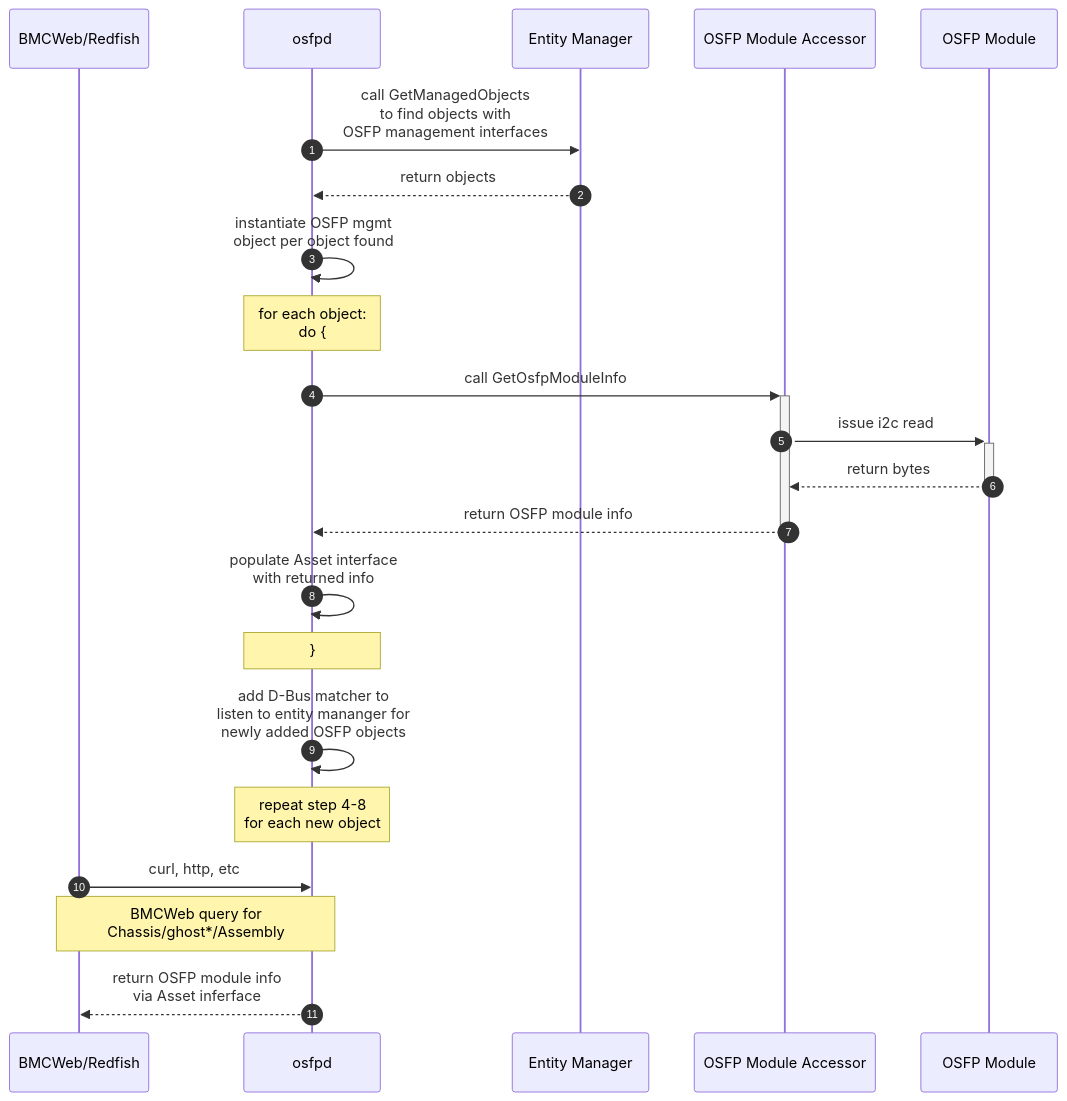
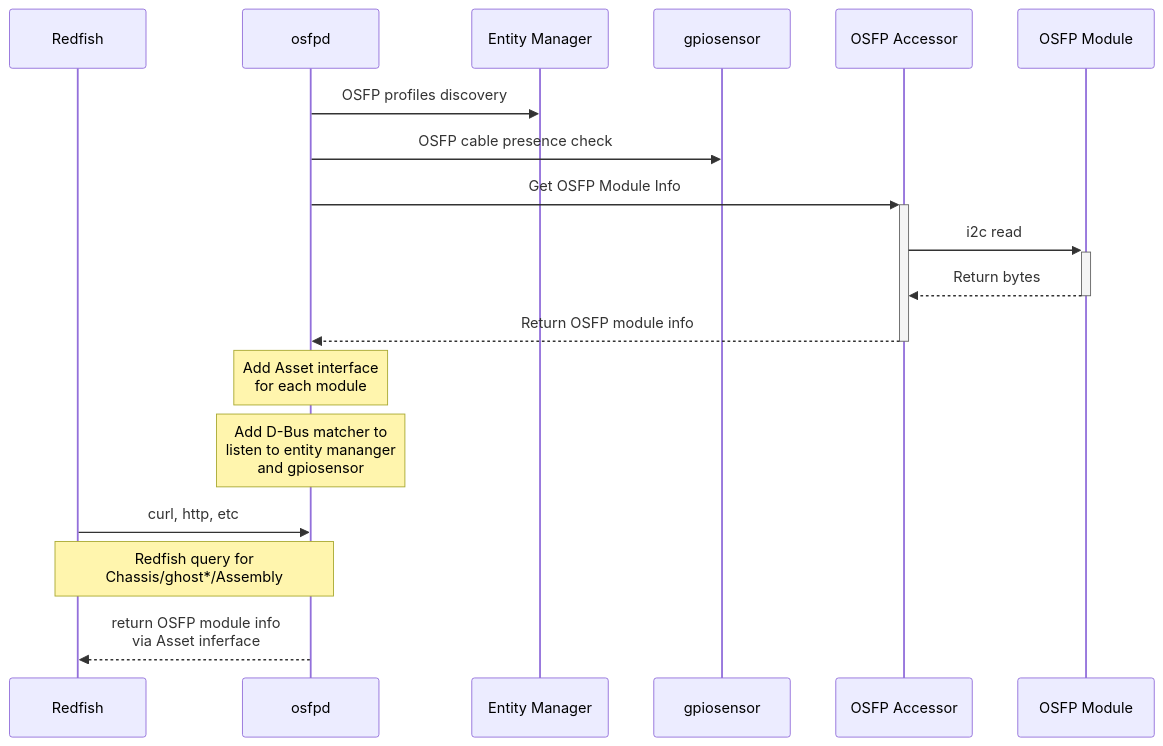
One commit to Edmond-Mo/device_update_daemon changed the diagram in osfpd.md. Above: the diagram before and after it, drawn with Mermaid.

````diff
--- a/osfpd.md
+++ b/osfpd.md
@@ -1,25 +1,21 @@
 ```mermaid
 sequenceDiagram;
-participant APP as BMCWeb/Redfish
+participant APP as Redfish
 participant OSD as osfpd
 participant EMR as Entity Manager
-participant OOB as OSFP Module Accessor
+participant SEN as gpiosensor
+participant OOB as OSFP Accessor
 participant MOD as OSFP Module
 
-autonumber
-OSD ->> EMR: call GetManagedObjects<br/>to find objects with<br/>OSFP management interfaces
-EMR -->> OSD: return objects
-OSD ->> OSD: instantiate OSFP mgmt<br/>object per object found
-note over OSD: for each object:<br/>do {
-OSD ->>+ OOB: call GetOsfpModuleInfo
-OOB ->>+ MOD: issue i2c read
-MOD -->>- OOB: return bytes
-OOB -->>- OSD: return OSFP module info
-OSD ->> OSD: populate Asset interface<br/>with returned info
-note over OSD: }
-OSD ->> OSD: add D-Bus matcher to<br/>listen to entity mananger for<br/>newly added OSFP objects
-note over OSD: repeat step 4-8<br/>for each new object
+OSD ->> EMR: OSFP profiles discovery
+OSD ->> SEN: OSFP cable presence check
+OSD ->>+ OOB: Get OSFP Module Info
+OOB ->>+ MOD: i2c read
+MOD -->>- OOB: Return bytes
+OOB -->>- OSD: Return OSFP module info
+note over OSD: Add Asset interface<br/>for each module
+note over OSD: Add D-Bus matcher to<br/>listen to entity mananger<br/>and gpiosensor
 APP ->> OSD: curl, http, etc
-note over APP, OSD: BMCWeb query for<br/>Chassis/ghost*/Assembly
+note over APP, OSD: Redfish query for<br/>Chassis/ghost*/Assembly
 OSD -->> APP: return OSFP module info<br/>via Asset inferface
 ```
````
